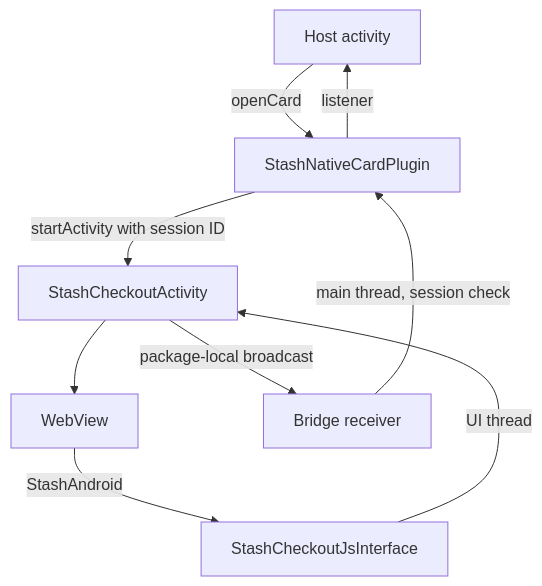
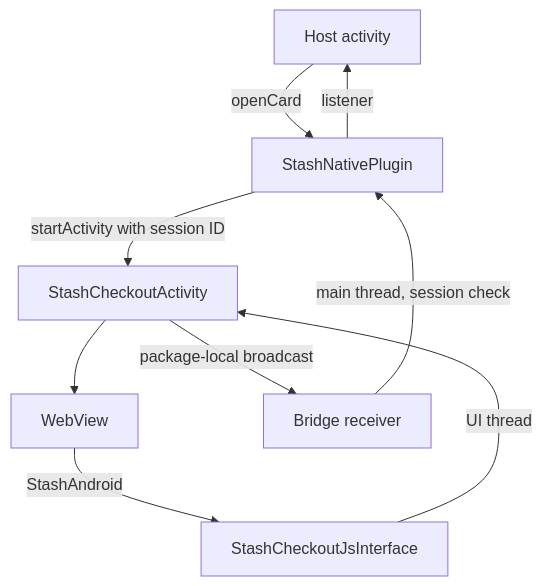
One commit to stashgg/stash-native changed the first of 2 diagrams in docs/architecture/android.md. Above: the diagram before and after it, drawn with Mermaid. The commit also changed other lines of this file and 92 other files, not shown here.

````diff
--- a/docs/architecture/android.md
+++ b/docs/architecture/android.md
@@ -35,11 +35,11 @@
 ```mermaid
 flowchart TB
-    Host[Host activity] -->|openCard| Plugin[StashNativeCardPlugin]
+    Host[Host activity] -->|openCard| Plugin[StashNativePlugin]
     Plugin -->|startActivity with session ID| Checkout[StashCheckoutActivity]
     Checkout --> WebView
     WebView -->|StashAndroid| JsInterface[StashCheckoutJsInterface]
     JsInterface -->|UI thread| Checkout
     Checkout -->|package-local broadcast| Receiver[Bridge receiver]
     Receiver -->|main thread, session check| Plugin
     Plugin -->|listener| Host
 ```
````
